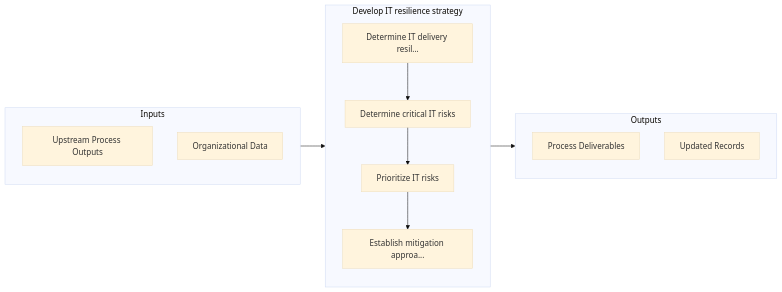
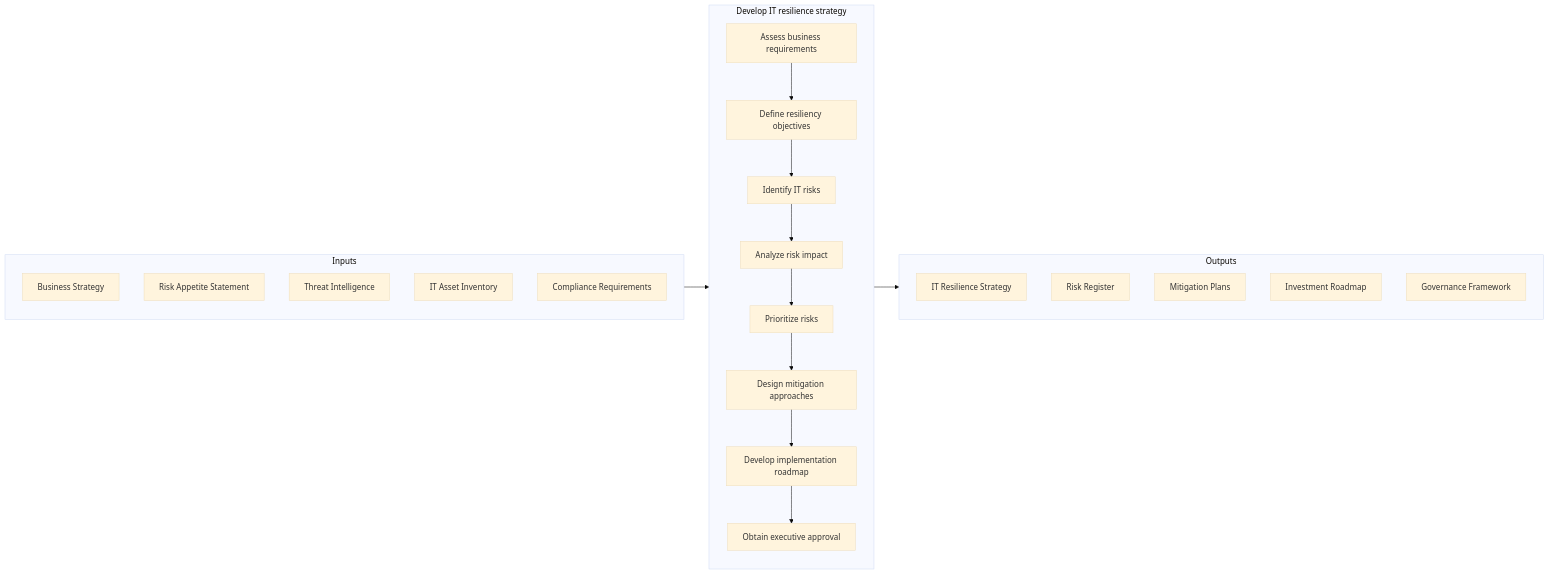
Before and after one commit to kziemski/business.org.ai: the second of 3 diagrams in processes/08-IT/8.3-DevelopManageITResilience/8.3.2-DevelopITResilienceStrategy/index.mdx, drawn with Mermaid (base theme). The commit also changed other lines of this file and 67 other files, not shown here.

````diff
--- a/processes/08-IT/8.3-DevelopManageITResilience/8.3.2-DevelopITResilienceStrategy/index.mdx
+++ b/processes/08-IT/8.3-DevelopManageITResilience/8.3.2-DevelopITResilienceStrategy/index.mdx
@@ -62,24 +70,32 @@
 ```mermaid
 flowchart LR
     subgraph Inputs["Inputs"]
-        I1["Upstream Process Outputs"]
-        I2["Organizational Data"]
+        I1["Business Strategy"]
+        I2["Risk Appetite Statement"]
+        I3["Threat Intelligence"]
+        I4["IT Asset Inventory"]
+        I5["Compliance Requirements"]
     end
 
     subgraph Process["Develop IT resilience strategy"]
-        S1["Determine IT delivery resil..."]
-        S2["Determine critical IT risks"]
-        S3["Prioritize IT risks"]
-        S4["Establish mitigation approa..."]
+        S1["Assess business requirements"]
+        S2["Define resiliency objectives"]
+        S3["Identify IT risks"]
+        S4["Analyze risk impact"]
+        S5["Prioritize risks"]
+        S6["Design mitigation approaches"]
+        S7["Develop implementation roadmap"]
+        S8["Obtain executive approval"]
     end
 
     subgraph Outputs["Outputs"]
-        O1["Process Deliverables"]
-        O2["Updated Records"]
+        O1["IT Resilience Strategy"]
+        O2["Risk Register"]
+        O3["Mitigation Plans"]
+        O4["Investment Roadmap"]
+        O5["Governance Framework"]
     end
 
     Inputs --> Process --> Outputs
-    S1 --> S2
-    S2 --> S3
-    S3 --> S4
+    S1 --> S2 --> S3 --> S4 --> S5 --> S6 --> S7 --> S8
 ```
````
